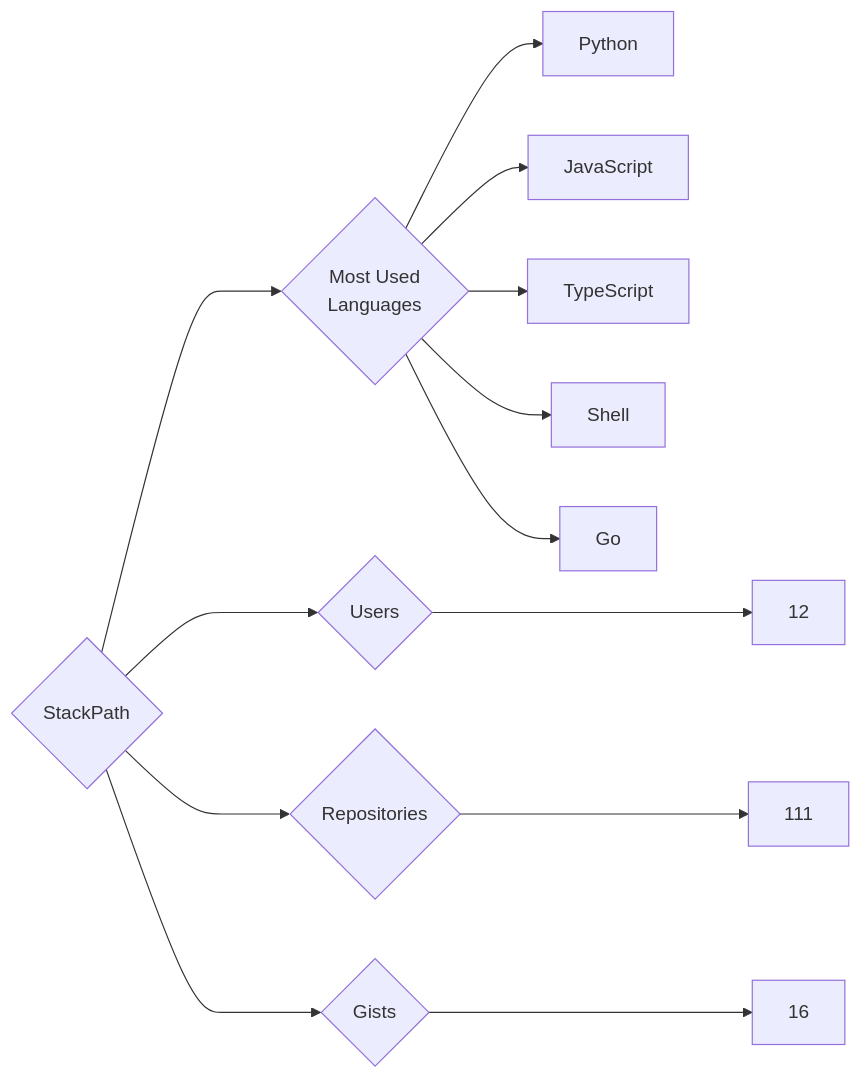
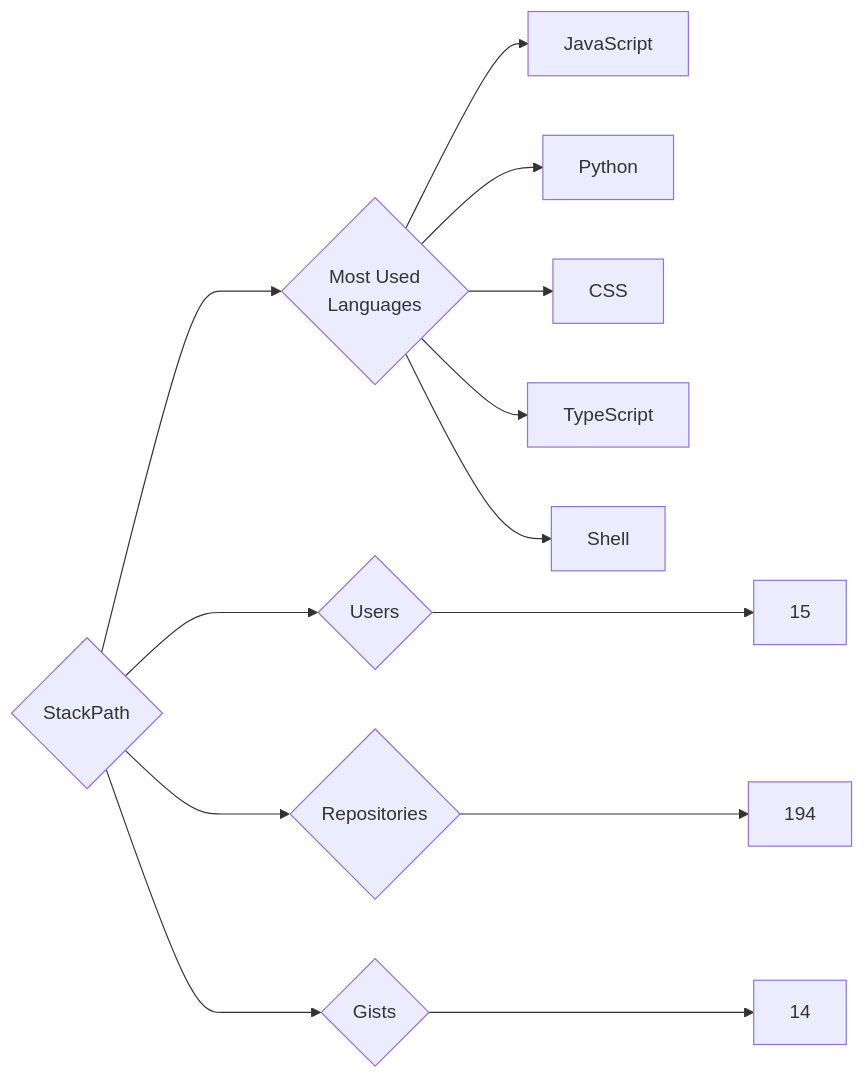
Before and after one commit to trickest/insiders: the diagram in targets/StackPath/README.md, drawn with Mermaid. The commit also changed 995 other files, not shown here.

````diff
--- a/targets/StackPath/README.md
+++ b/targets/StackPath/README.md
@@ -3,13 +3,13 @@
 ```mermaid
 graph LR
 COMPANY_NAME{StackPath}
-COMPANY_NAME ---> U{Users} ---> UN[12]
-COMPANY_NAME ---> R{Repositories} ---> RN[111]
-COMPANY_NAME ---> G{Gists} ---> GN[16]
+COMPANY_NAME ---> U{Users} ---> UN[15]
+COMPANY_NAME ---> R{Repositories} ---> RN[194]
+COMPANY_NAME ---> G{Gists} ---> GN[14]
 COMPANY_NAME ---> ML{Most Used<br>Languages}
+ML --> JavaScript[JavaScript]
 ML --> Python[Python]
-ML --> JavaScript[JavaScript]
+ML --> CSS[CSS]
 ML --> TypeScript[TypeScript]
 ML --> Shell[Shell]
-ML --> Go[Go]
 ```
````
